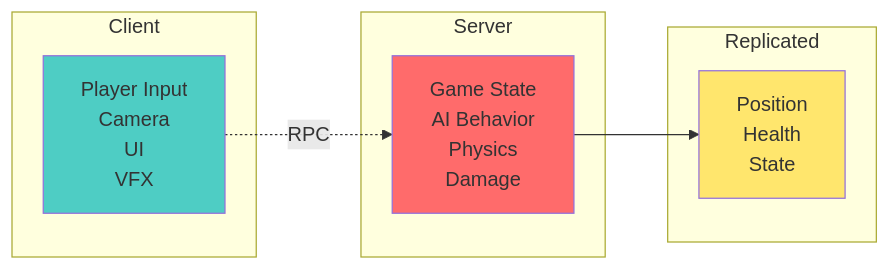
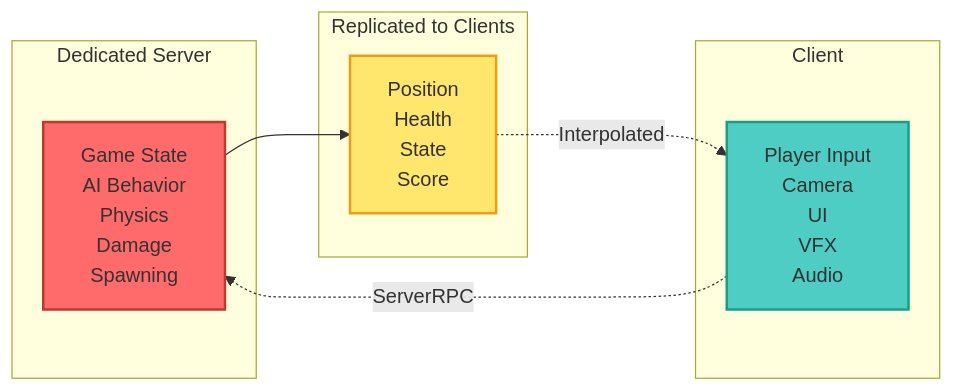
Before and after one commit to gbradburn/3D-Space-Shooter-Tutorial: the third of 9 diagrams in multiplayer-migration.md, drawn with Mermaid. The commit also changed other lines of this file and 6 other files, not shown here.

First line of the commit message:
Add multiplayer migration documentation for dedicated server

````diff
--- a/multiplayer-migration.md
+++ b/multiplayer-migration.md
@@ -154,21 +185,22 @@
 ```mermaid
 graph LR
-    subgraph Server
-        SA[Game State<br/>AI Behavior<br/>Physics<br/>Damage]
+    subgraph Dedicated Server
+        SA[Game State<br/>AI Behavior<br/>Physics<br/>Damage<br/>Spawning]
     end
     
     subgraph Client
-        CA[Player Input<br/>Camera<br/>UI<br/>VFX]
+        CA[Player Input<br/>Camera<br/>UI<br/>VFX<br/>Audio]
     end
     
-    subgraph Replicated
-        R[Position<br/>Health<br/>State]
+    subgraph Replicated to Clients
+        R[Position<br/>Health<br/>State<br/>Score]
     end
     
     SA --> R
-    CA -.RPC.-> SA
+    CA -.ServerRPC.-> SA
+    R -.->|Interpolated| CA
     
-    style SA fill:#ff6b6b
-    style CA fill:#4ecdc4
-    style R fill:#ffe66d
+    style SA fill:#ff6b6b,stroke:#c0392b,stroke-width:2px
+    style CA fill:#4ecdc4,stroke:#16a085,stroke-width:2px
+    style R fill:#ffe66d,stroke:#f39c12,stroke-width:2px
 ```
````
